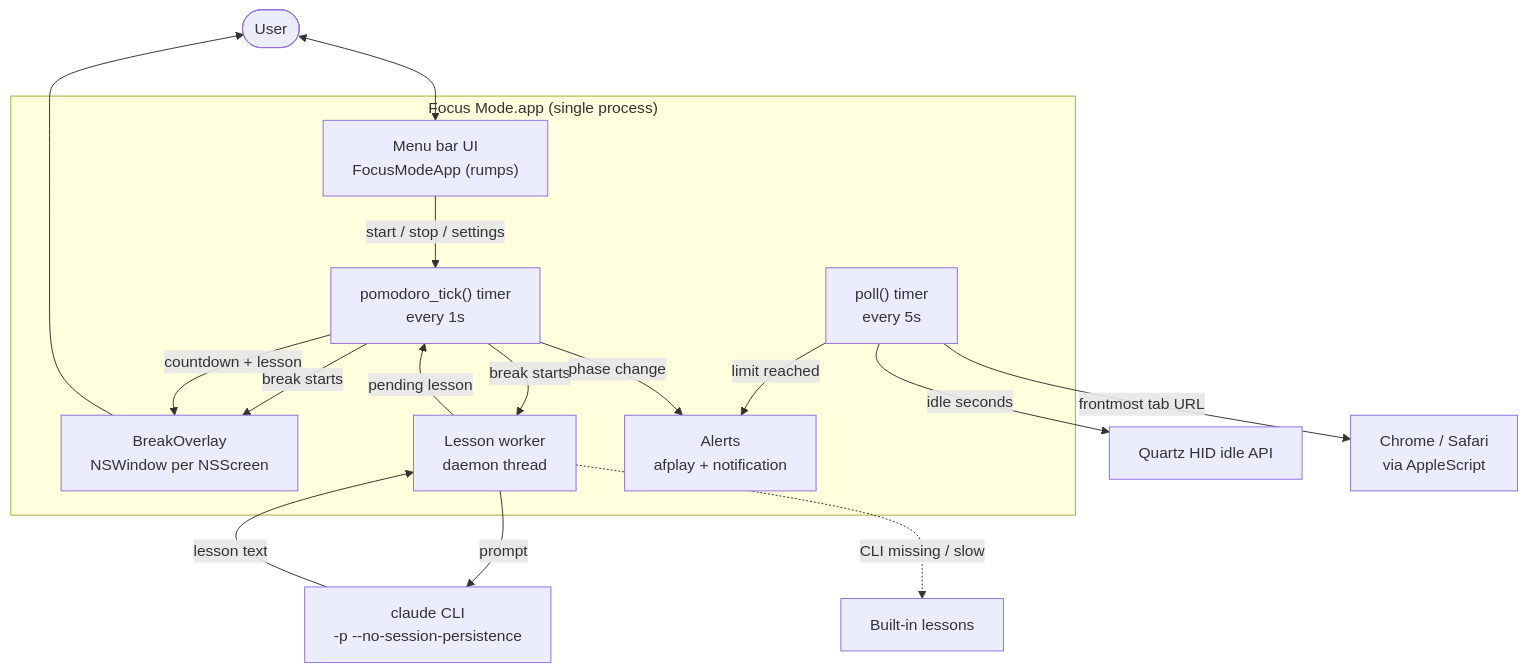
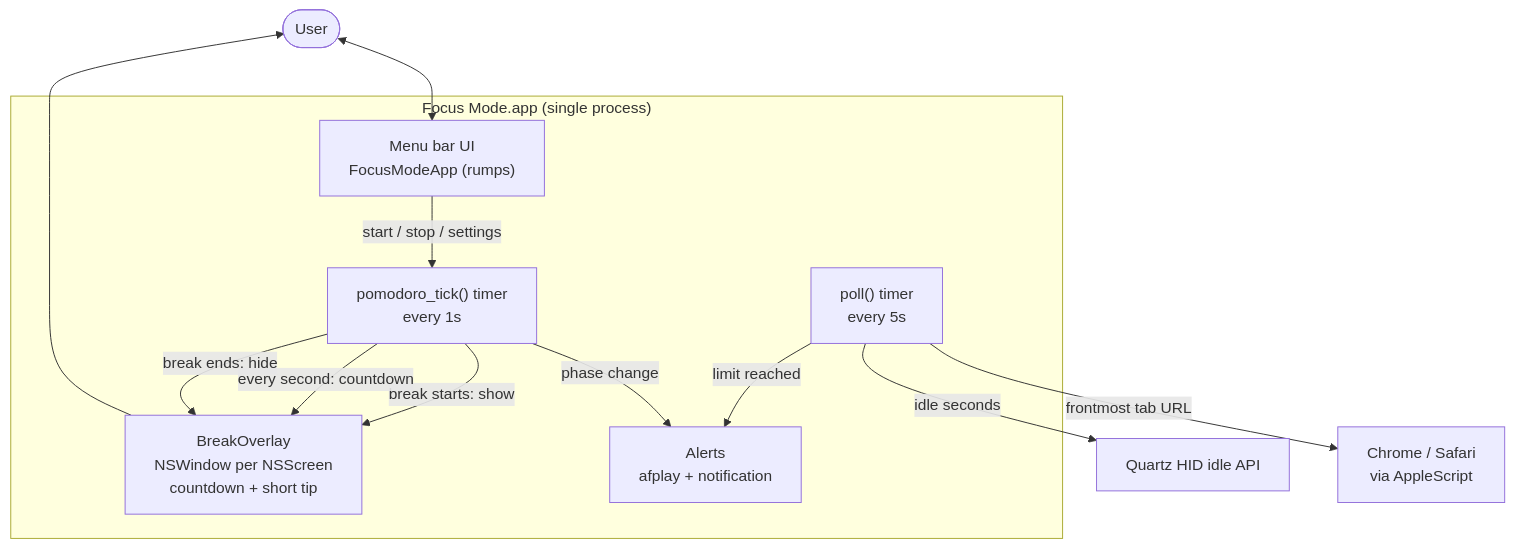
One commit to Nithish-Yenaganti/Focus-mode changed the first of 3 diagrams in ARCHITECTURE.md. Above: the diagram before and after it, drawn with Mermaid. The commit also changed other lines of this file and 4 other files, not shown here.

First line of the commit message:
Replace break lesson with screen-free tips; update docs; rebuild DMG

````diff
--- a/ARCHITECTURE.md
+++ b/ARCHITECTURE.md
@@ -7,31 +7,24 @@
 ```mermaid
 flowchart TD
     User([User])
     subgraph App["Focus Mode.app (single process)"]
         Menu["Menu bar UI<br/>FocusModeApp (rumps)"]
         PollTimer["poll() timer<br/>every 5s"]
         PomoTimer["pomodoro_tick() timer<br/>every 1s"]
-        Overlay["BreakOverlay<br/>NSWindow per NSScreen"]
-        Worker["Lesson worker<br/>daemon thread"]
+        Overlay["BreakOverlay<br/>NSWindow per NSScreen<br/>countdown + short tip"]
         Alerts["Alerts<br/>afplay + notification"]
     end
     Quartz["Quartz HID idle API"]
     Browser["Chrome / Safari<br/>via AppleScript"]
-    CLI["claude CLI<br/>-p --no-session-persistence"]
-    Fallback["Built-in lessons"]
 
     User <--> Menu
     Menu -->|start / stop / settings| PomoTimer
     PollTimer -->|idle seconds| Quartz
     PollTimer -->|frontmost tab URL| Browser
     PollTimer -->|limit reached| Alerts
-    PomoTimer -->|break starts| Overlay
-    PomoTimer -->|break starts| Worker
-    Worker -->|prompt| CLI
-    CLI -->|lesson text| Worker
-    Worker -.->|CLI missing / slow| Fallback
-    Worker -->|pending lesson| PomoTimer
-    PomoTimer -->|countdown + lesson| Overlay
+    PomoTimer -->|break starts: show| Overlay
+    PomoTimer -->|every second: countdown| Overlay
+    PomoTimer -->|break ends: hide| Overlay
     PomoTimer -->|phase change| Alerts
     Overlay --> User
 ```
````
